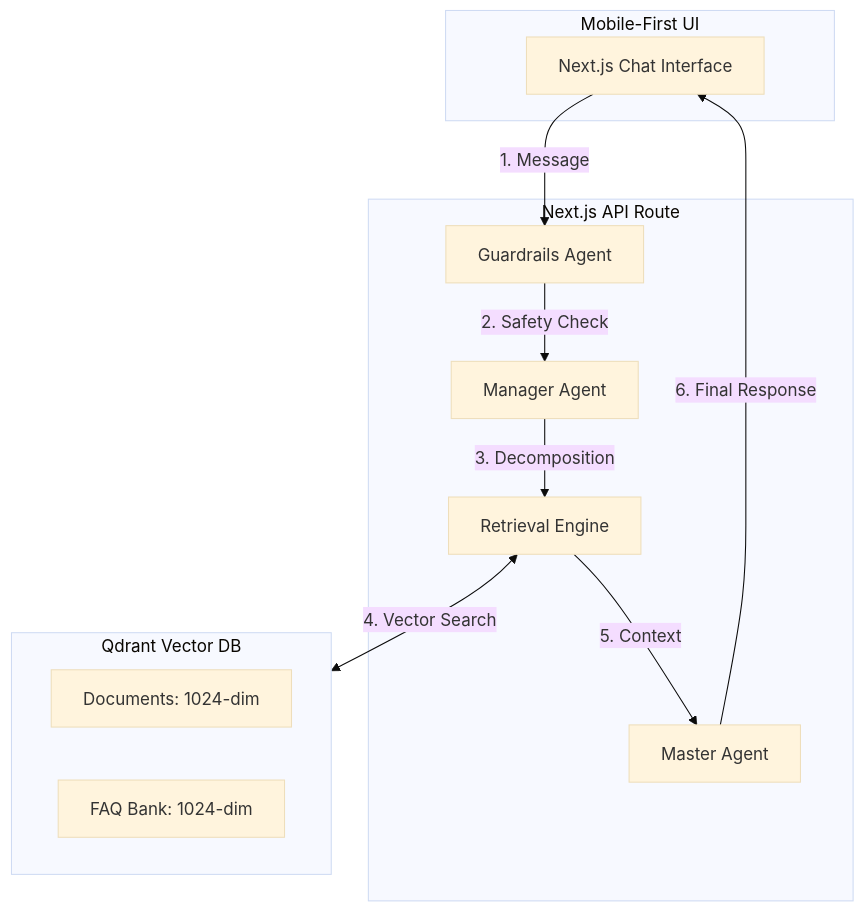
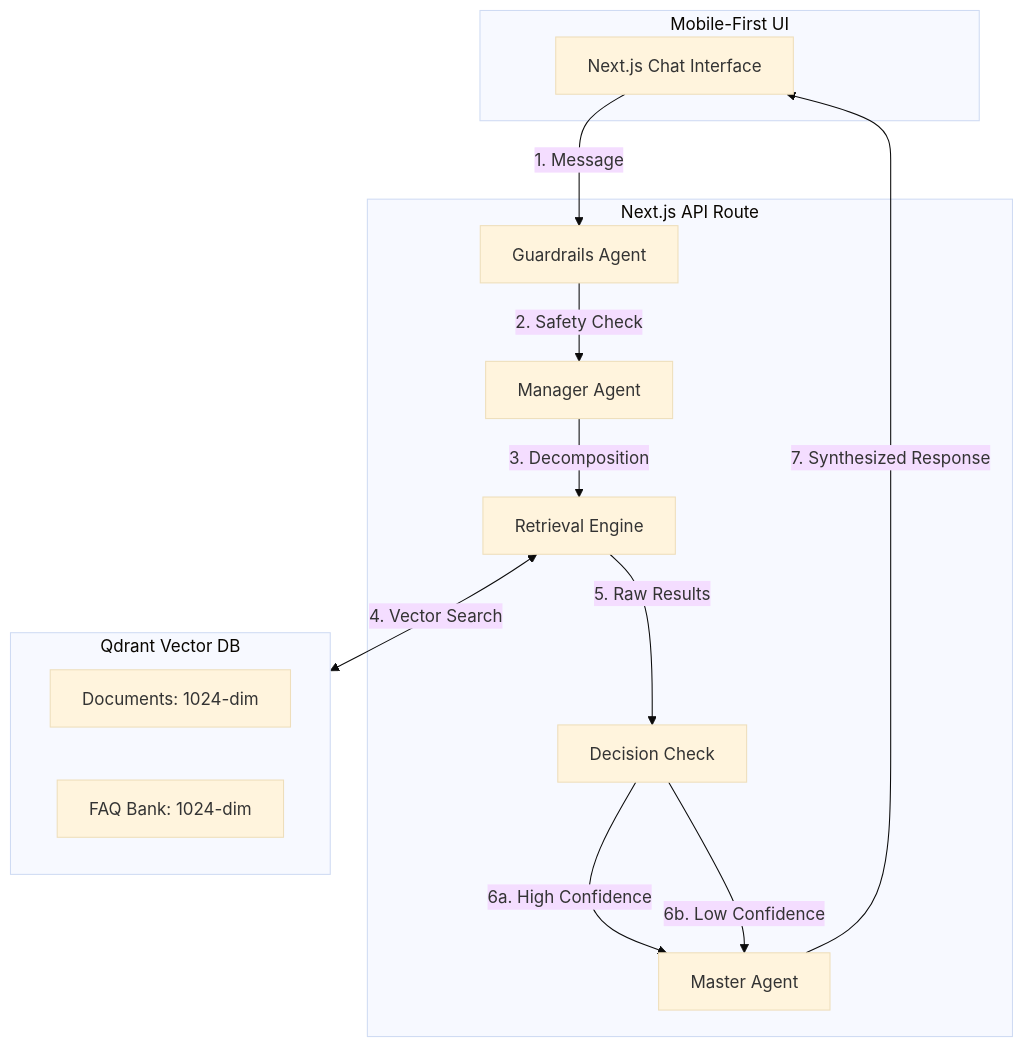
Before and after one commit to DragonL57/vmg_chatbot: the diagram in README.md, drawn with Mermaid (base theme). The commit also changed other lines of this file and 4 other files, not shown here.

````diff
--- a/README.md
+++ b/README.md
@@ -9,25 +9,28 @@
 ```mermaid
 graph TD
     subgraph User_Interface [Mobile-First UI]
         UI[Next.js Chat Interface]
     end
 
     subgraph Processing_Layer [Next.js API Route]
         GA[Guardrails Agent]
         MA[Manager Agent]
         RE[Retrieval Engine]
+        DC[Decision Check]
         MS[Master Agent]
     end
 
     subgraph Knowledge_Layer [Qdrant Vector DB]
-        DC[Documents: 1024-dim]
-        FC[FAQ Bank: 1024-dim]
+        DOCS[Documents: 1024-dim]
+        FAQS[FAQ Bank: 1024-dim]
     end
 
     UI -->|1. Message| GA
     GA -->|2. Safety Check| MA
     MA -->|3. Decomposition| RE
     RE <-->|4. Vector Search| Knowledge_Layer
-    RE -->|5. Context| MS
-    MS -->|6. Final Response| UI
+    RE -->|5. Raw Results| DC
+    DC -->|6a. High Confidence| MS
+    DC -->|6b. Low Confidence| MS
+    MS -->|7. Synthesized Response| UI
 ```
````
